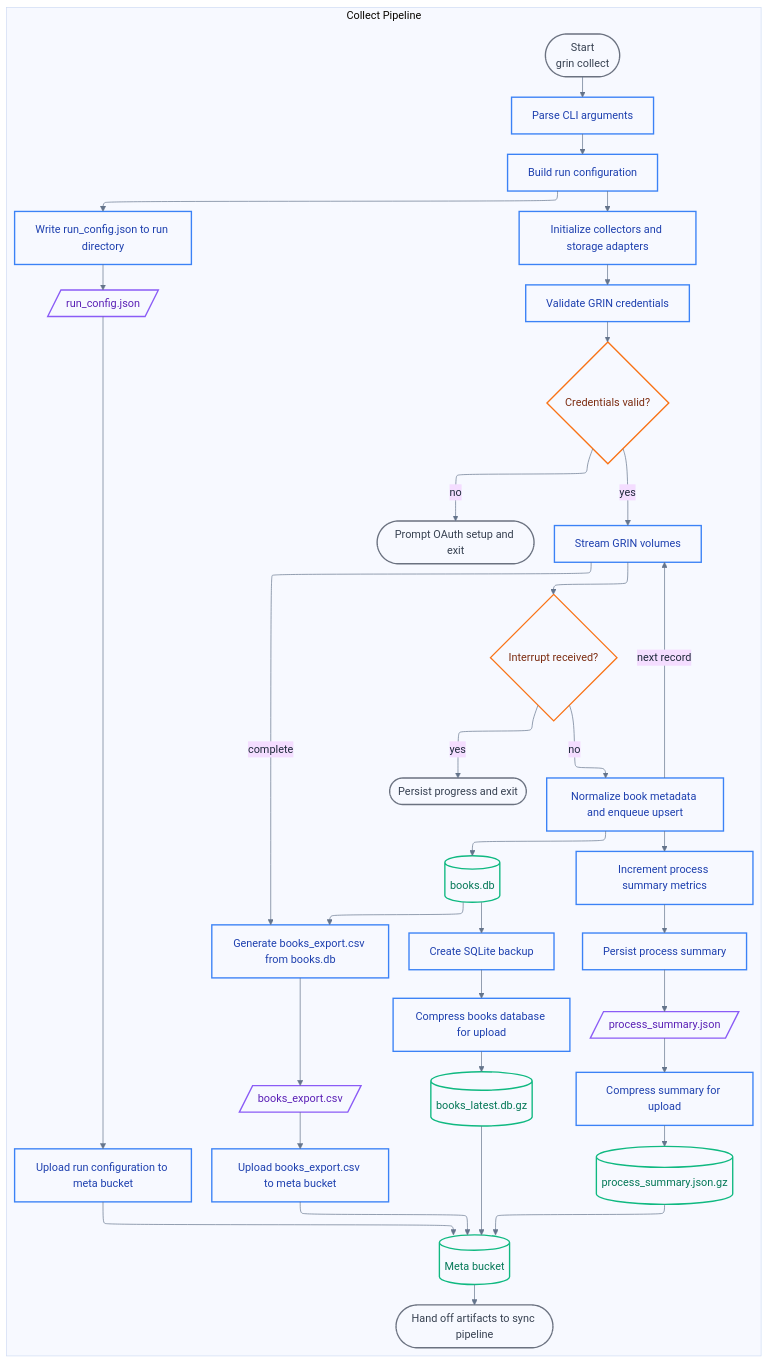
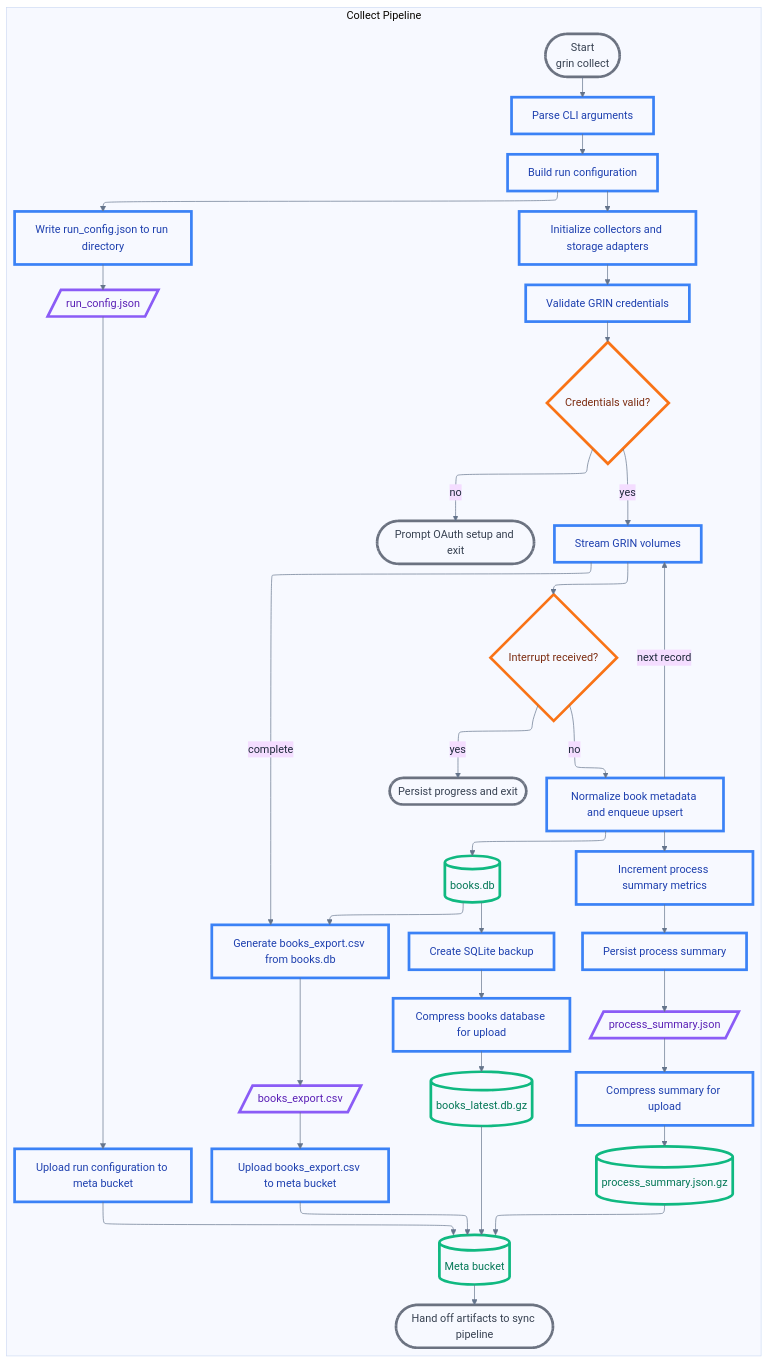
The diagram in docs/diagrams/collect-pipeline.mmd (institutional/grin-transfer), drawn with Mermaid before and after one commit. The commit also changed 20 other files, not shown here.

First line of the commit message:
More readable diagrams (#352)

```diff
--- a/docs/diagrams/collect-pipeline.mmd
+++ b/docs/diagrams/collect-pipeline.mmd
@@ -1,42 +1,42 @@
 %%{init: {"theme": "base", "themeVariables": {"primaryTextColor": "#1e293b", "primaryBorderColor": "#475569", "lineColor": "#64748b", "background": "transparent", "mainBkg": "transparent", "secondBkg": "transparent"}, "flowchart": {"defaultRenderer": "elk", "elk": {"elk.direction": "DOWN"}}}}%%
 flowchart TB
     subgraph Collect Pipeline
         Start([Start<br/>grin collect]):::terminal --> Parse[Parse CLI arguments]:::process
         Parse --> Configure[Build run configuration]:::process
         Configure --> WriteConfig[Write run_config.json to run directory]:::process
         WriteConfig --> RunConfig[/run_config.json/]:::io
         RunConfig --> UploadConfig[Upload run configuration to meta bucket]:::process
         Configure --> Init[Initialize collectors and storage adapters]:::process
         Init --> Validate[Validate GRIN credentials]:::process
         Validate --> Creds{Credentials valid?}:::decision
         Creds -->|no| Abort([Prompt OAuth setup and exit]):::terminal
         Creds -->|yes| Stream[Stream GRIN volumes]:::process
         Stream --> Interrupt{Interrupt received?}:::decision
         Interrupt -->|yes| Graceful([Persist progress and exit]):::terminal
         Interrupt -->|no| ProcessRecord[Normalize book metadata and enqueue upsert]:::process
         ProcessRecord --> BooksDB[(books.db)]:::storage
         ProcessRecord --> Summary[Increment process summary metrics]:::process
         ProcessRecord -->|next record| Stream
         Stream -->|complete| ExportCSV[Generate books_export.csv from books.db]:::process
         BooksDB --> ExportCSV
         ExportCSV --> BooksCSV[/books_export.csv/]:::io
         Summary --> PersistSummary[Persist process summary]:::process
         PersistSummary --> SummaryJson[/process_summary.json/]:::io
         SummaryJson --> CompressSummary[Compress summary for upload]:::process
         CompressSummary --> SummaryGz[(process_summary.json.gz)]:::storage
         BooksCSV --> UploadCSV[Upload books_export.csv to meta bucket]:::process
         BooksDB --> BackupDB[Create SQLite backup]:::process
         BackupDB --> CompressDB[Compress books database for upload]:::process
         CompressDB --> DatabaseGz[(books_latest.db.gz)]:::storage
         UploadConfig --> MetaBucket[(Meta bucket)]:::storage
         UploadCSV --> MetaBucket
         SummaryGz --> MetaBucket
         DatabaseGz --> MetaBucket
         MetaBucket --> Handoff([Hand off artifacts to sync pipeline]):::terminal
     end
 
-    classDef terminal fill:none,stroke:#6b7280,stroke-width:2px,color:#374151
-    classDef process fill:none,stroke:#3b82f6,stroke-width:2px,color:#1e40af
-    classDef storage fill:none,stroke:#10b981,stroke-width:2px,color:#047857
-    classDef io fill:none,stroke:#8b5cf6,stroke-width:2px,color:#5b21b6
-    classDef decision fill:none,stroke:#f97316,stroke-width:2px,color:#7c2d12
+    classDef terminal fill:none,stroke:#6b7280,stroke-width:4px,color:#374151
+    classDef process fill:none,stroke:#3b82f6,stroke-width:4px,color:#1e40af
+    classDef storage fill:none,stroke:#10b981,stroke-width:4px,color:#047857
+    classDef io fill:none,stroke:#8b5cf6,stroke-width:4px,color:#5b21b6
+    classDef decision fill:none,stroke:#f97316,stroke-width:4px,color:#7c2d12
```
